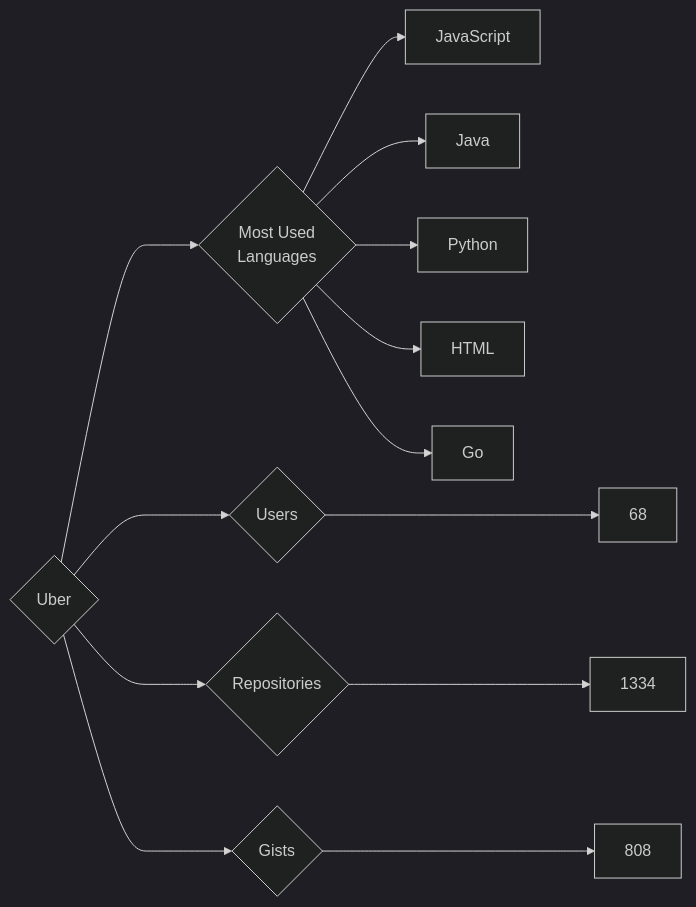
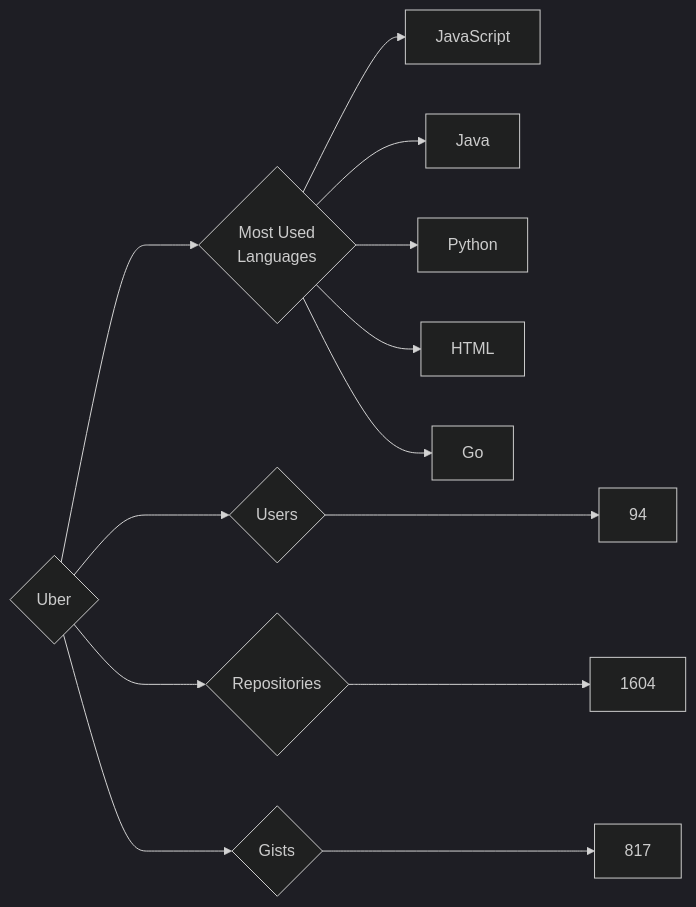
One commit to trickest/insiders changed the diagram in targets/Uber/README.md. Above: the diagram before and after it, drawn with Mermaid (dark theme). The commit also changed 806 other files, not shown here.

````diff
--- a/targets/Uber/README.md
+++ b/targets/Uber/README.md
@@ -3,13 +3,13 @@
 ```mermaid
 graph LR
 COMPANY_NAME{Uber}
-COMPANY_NAME ---> U{Users} ---> UN[68]
-COMPANY_NAME ---> R{Repositories} ---> RN[1334]
-COMPANY_NAME ---> G{Gists} ---> GN[808]
+COMPANY_NAME ---> U{Users} ---> UN[94]
+COMPANY_NAME ---> R{Repositories} ---> RN[1604]
+COMPANY_NAME ---> G{Gists} ---> GN[817]
 COMPANY_NAME ---> ML{Most Used<br>Languages}
 ML --> JavaScript[JavaScript]
 ML --> Java[Java]
 ML --> Python[Python]
 ML --> HTML[HTML]
 ML --> Go[Go]
 ```
````
